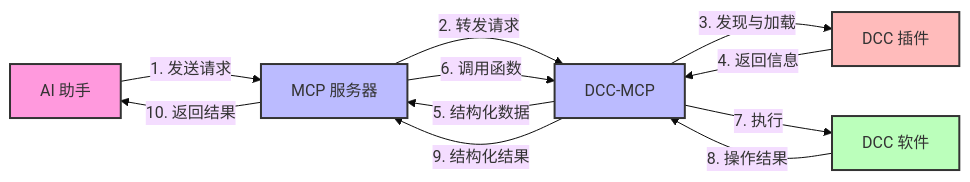
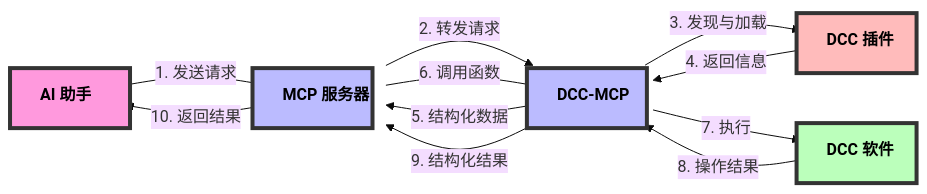
Before and after one commit to loonghao/dcc-mcp-core: the diagram in README_zh.md, drawn with Mermaid (base theme). The commit also changed 1 other file, not shown here.

Commit message:
fix: update Mermaid diagrams for better GitHub compatibility and visibility

````diff
--- a/README_zh.md
+++ b/README_zh.md
@@ -17,23 +17,27 @@
 ```mermaid
 graph LR
+    %% 添加了图表样式
+    classDef default width:120px,height:60px
+    
     AI[AI 助手] -->|"1. 发送请求"| MCP[MCP 服务器]
     MCP -->|"2. 转发请求"| DCCMCP[DCC-MCP]
     DCCMCP -->|"3. 发现与加载"| Plugins[DCC 插件]
     Plugins -->|"4. 返回信息"| DCCMCP
     DCCMCP -->|"5. 结构化数据"| MCP
     MCP -->|"6. 调用函数"| DCCMCP
     DCCMCP -->|"7. 执行"| DCC[DCC 软件]
     DCC -->|"8. 操作结果"| DCCMCP
     DCCMCP -->|"9. 结构化结果"| MCP
     MCP -->|"10. 返回结果"| AI
     
-    classDef ai fill:#f9d,stroke:#333,stroke-width:2px;
-    classDef mcp fill:#bbf,stroke:#333,stroke-width:2px;
-    classDef dcc fill:#bfb,stroke:#333,stroke-width:2px;
-    classDef plugin fill:#fbb,stroke:#333,stroke-width:2px;
+    %% 使用了更大的字体和粗体的边框
+    classDef ai fill:#f9d,stroke:#333,stroke-width:4px,color:#000,font-weight:bold
+    classDef mcp fill:#bbf,stroke:#333,stroke-width:4px,color:#000,font-weight:bold
+    classDef dcc fill:#bfb,stroke:#333,stroke-width:4px,color:#000,font-weight:bold
+    classDef plugin fill:#fbb,stroke:#333,stroke-width:4px,color:#000,font-weight:bold
     
-    class AI ai;
-    class MCP,DCCMCP mcp;
-    class DCC dcc;
-    class Plugins plugin;
+    class AI ai
+    class MCP,DCCMCP mcp
+    class DCC dcc
+    class Plugins plugin
 ```
````
